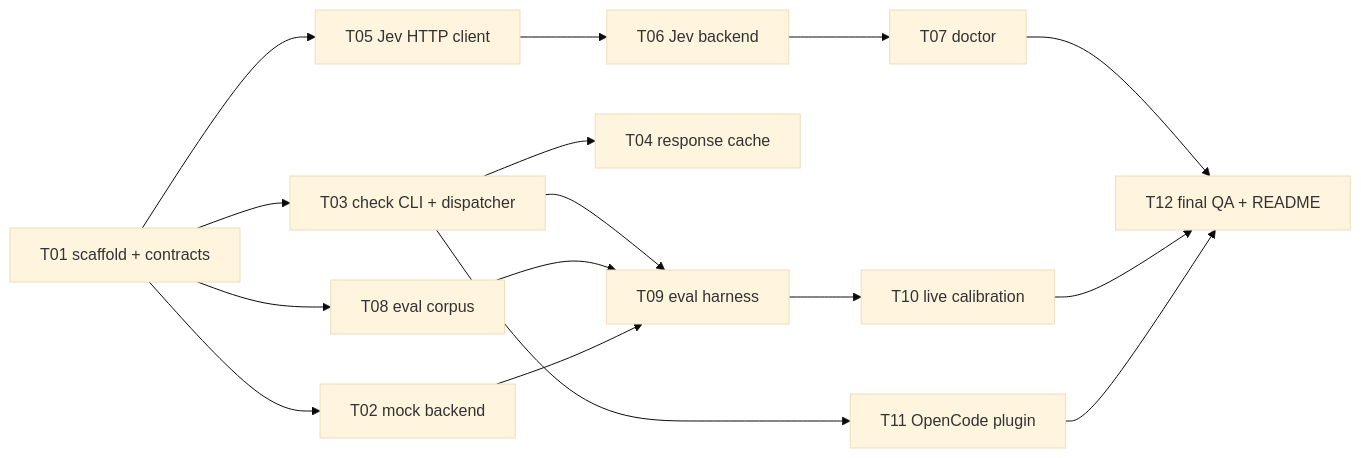
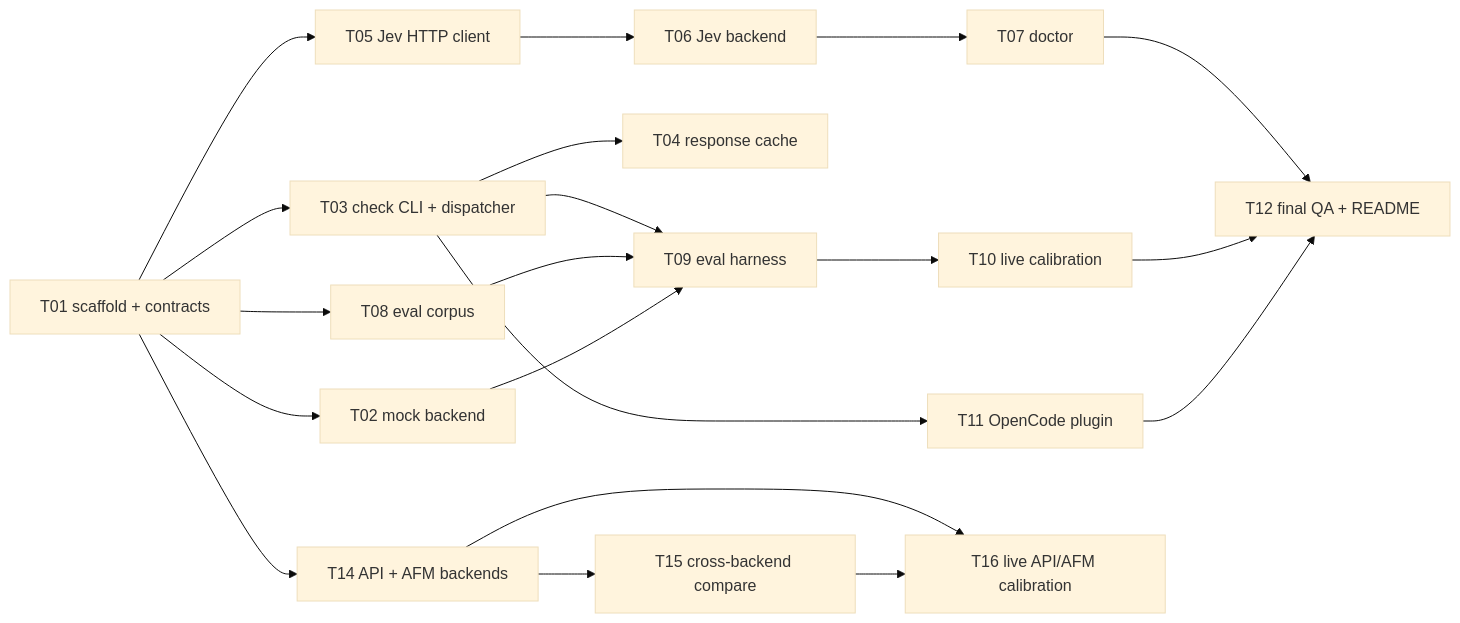
The diagram in doc/plan.md (radupopescu/tiny-bouncer), drawn with Mermaid (base theme) before and after one commit. The commit also changed other lines of this file, not shown here.

Commit message:
docs: add T14–T16 API/AFM backend plan

````diff
--- a/doc/plan.md
+++ b/doc/plan.md
@@ -49,15 +49,18 @@
 ```mermaid
 flowchart LR
     T01[T01 scaffold + contracts] --> T02[T02 mock backend]
     T01 --> T03[T03 check CLI + dispatcher]
     T01 --> T05[T05 Jev HTTP client] --> T06[T06 Jev backend] --> T07[T07 doctor]
     T03 --> T04[T04 response cache]
     T03 --> T09[T09 eval harness] --> T10[T10 live calibration]
     T01 --> T08[T08 eval corpus]
     T08 --> T09
     T02 --> T09
     T03 --> T11[T11 OpenCode plugin]
     T07 --> T12[T12 final QA + README]
     T10 --> T12
     T11 --> T12
+    T01 --> T14[T14 API + AFM backends] --> T15[T15 cross-backend compare]
+    T14 --> T16[T16 live API/AFM calibration]
+    T15 --> T16
 ```
````
